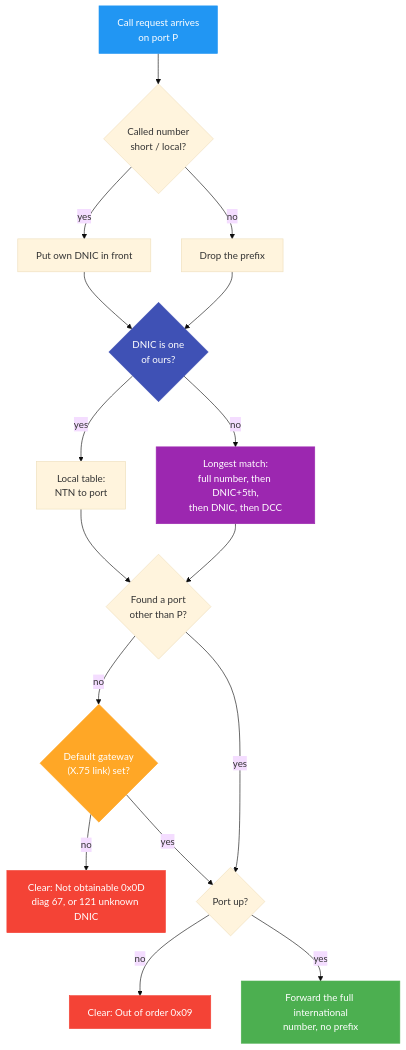
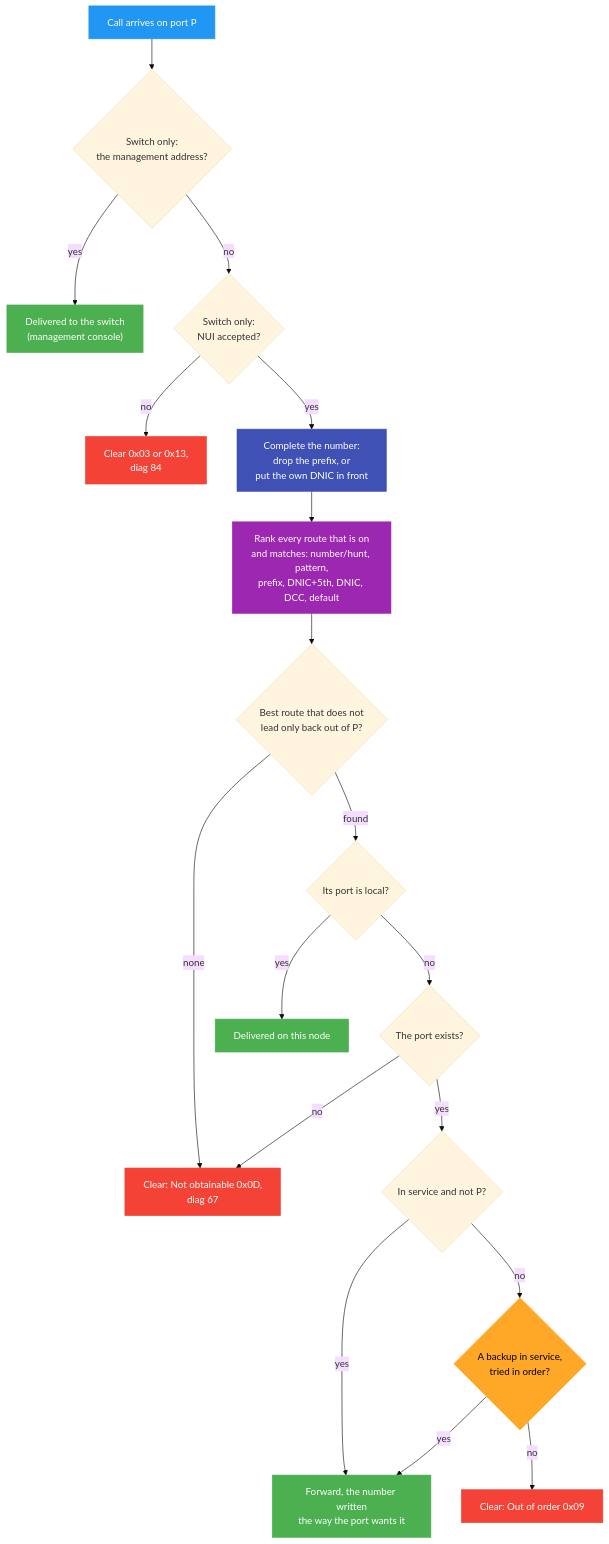
Before and after one commit to RetroCoreLabs/RetroIO: the second of 3 diagrams in src/RetroIO.Protocols.X25/X121-ADDRESSING.md, drawn with Mermaid (base theme). The commit also changed other lines of this file and 33 other files, not shown here.

First line of the commit message:
X.25 routing: one table and one lookup, own DNIC, longest match, default gateway

````diff
--- a/src/RetroIO.Protocols.X25/X121-ADDRESSING.md
+++ b/src/RetroIO.Protocols.X25/X121-ADDRESSING.md
@@ -92,26 +97,31 @@
 ```mermaid
 flowchart TD
-    IN["Call request arrives<br/>on port P"] --> LOC{"Called number<br/>short / local?"}
-    LOC -- yes --> ADD["Put own DNIC in front"]
-    LOC -- no --> STRIP["Drop the prefix"]
-    ADD --> OWN
-    STRIP --> OWN{"DNIC is one<br/>of ours?"}
-    OWN -- yes --> LT["Local table:<br/>NTN to port"]
-    OWN -- no --> LM["Longest match:<br/>full number, then DNIC+5th,<br/>then DNIC, then DCC"]
-    LT --> HIT{"Found a port<br/>other than P?"}
-    LM --> HIT
-    HIT -- no --> GW{"Default gateway<br/>(X.75 link) set?"}
-    GW -- no --> NO["Clear: Not obtainable 0x0D<br/>diag 67, or 121 unknown DNIC"]
-    HIT -- yes --> UP{"Port up?"}
-    GW -- yes --> UP
-    UP -- no --> OOO["Clear: Out of order 0x09"]
-    UP -- yes --> FWD["Forward the full international<br/>number, no prefix"]
+    IN["Call arrives on port P"] --> MG{"Switch only:<br/>the management address?"}
+    MG -- yes --> MGL["Delivered to the switch<br/>(management console)"]
+    MG -- no --> NUI{"Switch only:<br/>NUI accepted?"}
+    NUI -- no --> NUIX["Clear 0x03 or 0x13,<br/>diag 84"]
+    NUI -- yes --> CMP["Complete the number:<br/>drop the prefix, or<br/>put the own DNIC in front"]
+    CMP --> RANK["Rank every route that is on<br/>and matches: number/hunt, pattern,<br/>prefix, DNIC+5th, DNIC, DCC, default"]
+    RANK --> BACK{"Best route that does not<br/>lead only back out of P?"}
+    BACK -- none --> NO["Clear: Not obtainable 0x0D,<br/>diag 67"]
+    BACK -- found --> LOC{"Its port is local?"}
+    LOC -- yes --> HERE["Delivered on this node"]
+    LOC -- no --> EX{"The port exists?"}
+    EX -- no --> NO
+    EX -- yes --> UP{"In service and not P?"}
+    UP -- yes --> FWD["Forward, the number written<br/>the way the port wants it"]
+    UP -- no --> BK{"A backup in service,<br/>tried in order?"}
+    BK -- yes --> FWD
+    BK -- no --> OOO["Clear: Out of order 0x09"]
 
     style IN fill:#2196F3,stroke:#2196F3,color:#fff
-    style OWN fill:#3F51B5,stroke:#3F51B5,color:#fff
-    style LM fill:#9C27B0,stroke:#9C27B0,color:#fff
-    style GW fill:#FFA726,stroke:#FFA726,color:#fff
+    style CMP fill:#3F51B5,stroke:#3F51B5,color:#fff
+    style RANK fill:#9C27B0,stroke:#9C27B0,color:#fff
+    style BK fill:#FFA726,stroke:#FFA726,color:#000
+    style NUIX fill:#F44336,stroke:#F44336,color:#fff
     style NO fill:#F44336,stroke:#F44336,color:#fff
     style OOO fill:#F44336,stroke:#F44336,color:#fff
     style FWD fill:#4CAF50,stroke:#4CAF50,color:#fff
+    style HERE fill:#4CAF50,stroke:#4CAF50,color:#fff
+    style MGL fill:#4CAF50,stroke:#4CAF50,color:#fff
 ```
````
